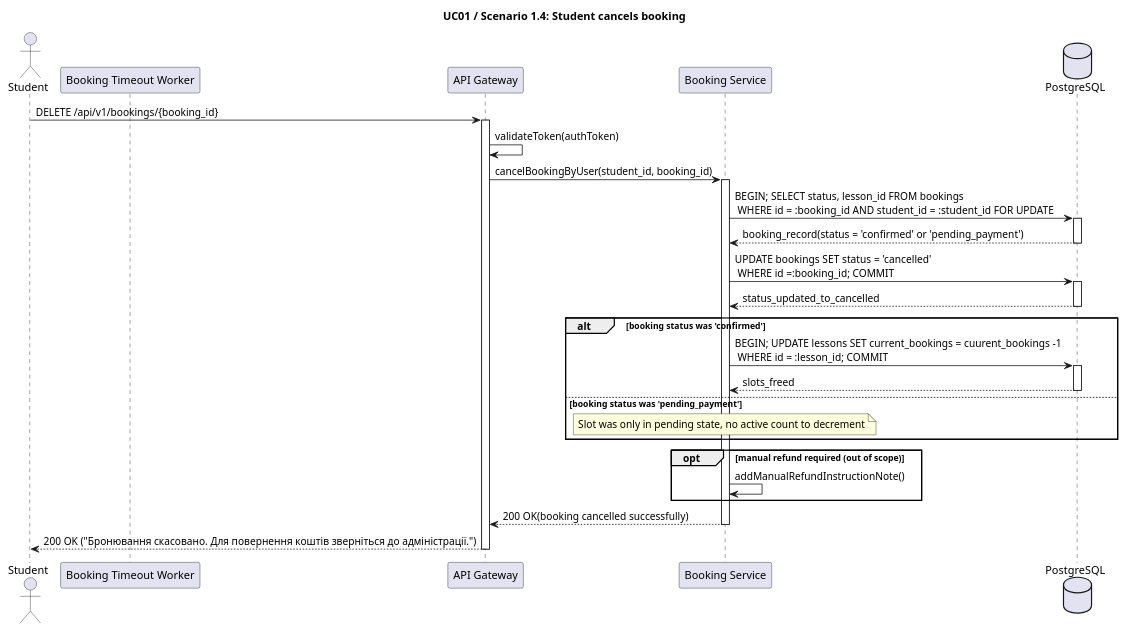
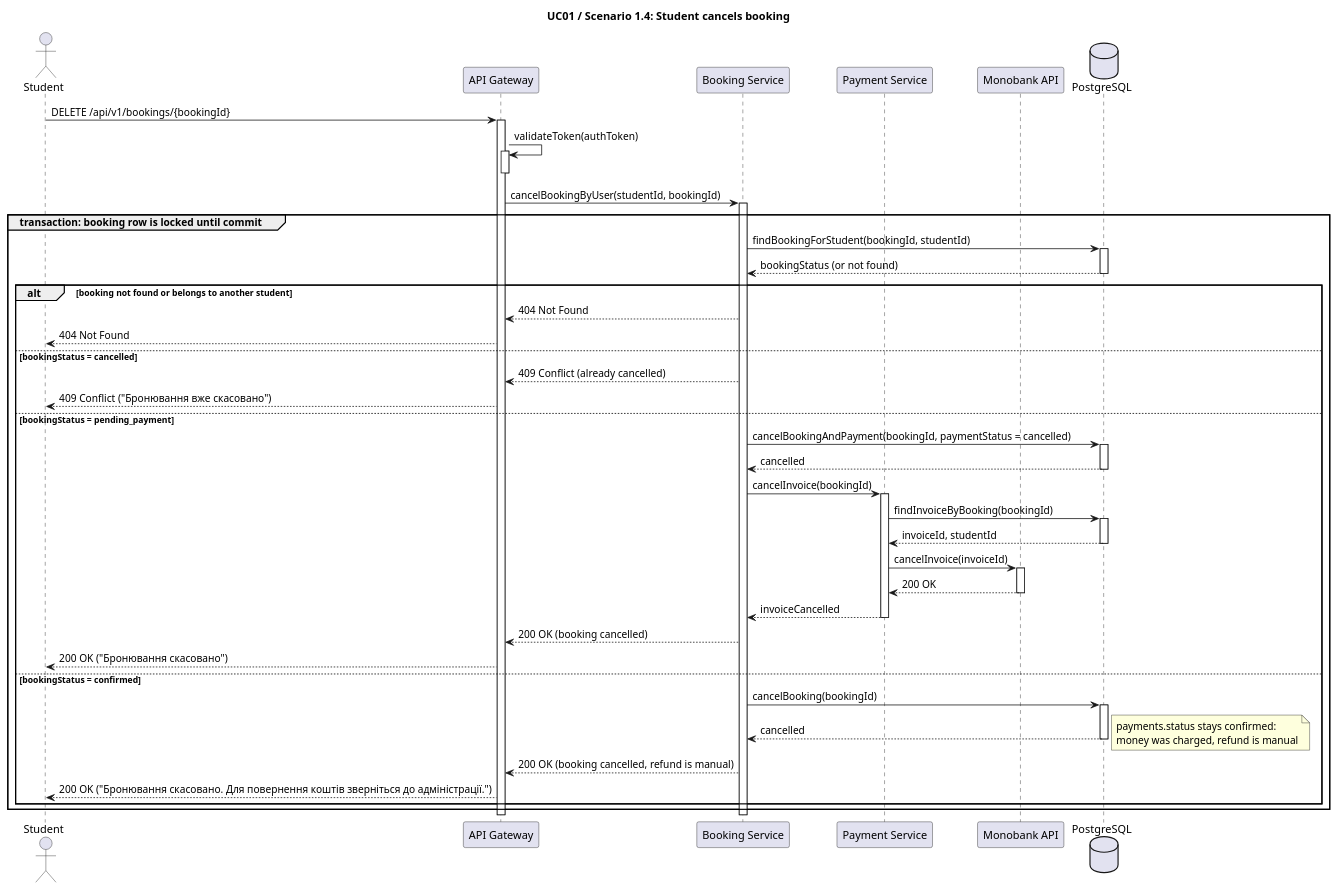
The diagram in lab3/1.4.puml (prashchukdanylo-stack/software-requirements-modeling-and-analysis), drawn with PlantUML before and after one commit. The commit also changed 3 other files, not shown here.

Commit message:
made some changes in first 3 diagrams, redone 1.4 diagram

```diff
--- a/lab3/1.4.puml
+++ b/lab3/1.4.puml
@@ -1,53 +1,71 @@
 @startuml
 title UC01 / Scenario 1.4: Student cancels booking
 
-
 actor "Student" as Student
-participant "Booking Timeout Worker" as Worker
 participant "API Gateway" as Gateway
 participant "Booking Service" as BookingService
+participant "Payment Service" as PaymentService
+participant "Monobank API" as MonobankAPI
 database "PostgreSQL" as DB
 
-
-Student -> Gateway: DELETE /api/v1/bookings/{booking_id}
+Student -> Gateway: DELETE /api/v1/bookings/{bookingId}
 activate Gateway
 
 Gateway -> Gateway: validateToken(authToken)
-Gateway -> BookingService: cancelBookingByUser(student_id, booking_id)
+activate Gateway
+deactivate Gateway
+
+Gateway -> BookingService: cancelBookingByUser(studentId, bookingId)
 activate BookingService
 
-BookingService -> DB: BEGIN; SELECT status, lesson_id FROM bookings \n WHERE id = :booking_id AND student_id = :student_id FOR UPDATE
-activate DB
+group transaction: booking row is locked until commit
+    BookingService -> DB: findBookingForStudent(bookingId, studentId)
+    activate DB
+    DB --> BookingService: bookingStatus (or not found)
+    deactivate DB
 
-DB --> BookingService: booking_record(status = 'confirmed' or 'pending_payment')
-deactivate DB
+    alt booking not found or belongs to another student
+        BookingService --> Gateway: 404 Not Found
+        Gateway --> Student: 404 Not Found
+    else bookingStatus = cancelled
+        BookingService --> Gateway: 409 Conflict (already cancelled)
+        Gateway --> Student: 409 Conflict ("Бронювання вже скасовано")
+    else bookingStatus = pending_payment
+        BookingService -> DB: cancelBookingAndPayment(bookingId, paymentStatus = cancelled)
+        activate DB
+        DB --> BookingService: cancelled
+        deactivate DB
 
-BookingService -> DB: UPDATE bookings SET status = 'cancelled' \n WHERE id =:booking_id; COMMIT
+        BookingService -> PaymentService: cancelInvoice(bookingId)
+        activate PaymentService
 
-activate DB
+        PaymentService -> DB: findInvoiceByBooking(bookingId)
+        activate DB
+        DB --> PaymentService: invoiceId, studentId
+        deactivate DB
 
-DB --> BookingService: status_updated_to_cancelled
-deactivate DB
+        PaymentService -> MonobankAPI: cancelInvoice(invoiceId)
+        activate MonobankAPI
+        MonobankAPI --> PaymentService: 200 OK
+        deactivate MonobankAPI
 
-alt booking status was 'confirmed'
-BookingService -> DB: BEGIN; UPDATE lessons SET current_bookings = cuurent_bookings -1 \n WHERE id = :lesson_id; COMMIT
-activate DB
+        PaymentService --> BookingService: invoiceCancelled
+        deactivate PaymentService
 
-DB --> BookingService: slots_freed
-deactivate DB
+        BookingService --> Gateway: 200 OK (booking cancelled)
+        Gateway --> Student: 200 OK ("Бронювання скасовано")
+    else bookingStatus = confirmed
+        BookingService -> DB: cancelBooking(bookingId)
+        activate DB
+        DB --> BookingService: cancelled
+        deactivate DB
+        note right: payments.status stays confirmed:\nmoney was charged, refund is manual
 
-else booking status was 'pending_payment'
-note over BookingService: Slot was only in pending state, no active count to decrement
+        BookingService --> Gateway: 200 OK (booking cancelled, refund is manual)
+        Gateway --> Student: 200 OK ("Бронювання скасовано. Для повернення коштів зверніться до адміністрації.")
+    end
 end
 
-opt manual refund required (out of scope)
-
-BookingService -> BookingService: addManualRefundInstructionNote()
-end
-
-BookingService --> Gateway: 200 OK(booking cancelled successfully)
 deactivate BookingService
-
-Gateway --> Student: 200 OK ("Бронювання скасовано. Для повернення коштів зверніться до адміністрації.")
 deactivate Gateway
 @enduml
```
